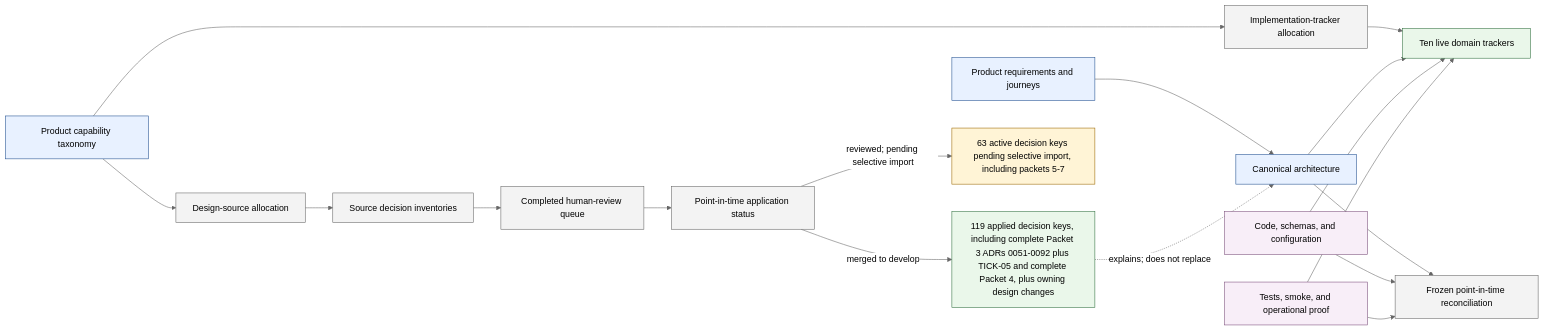
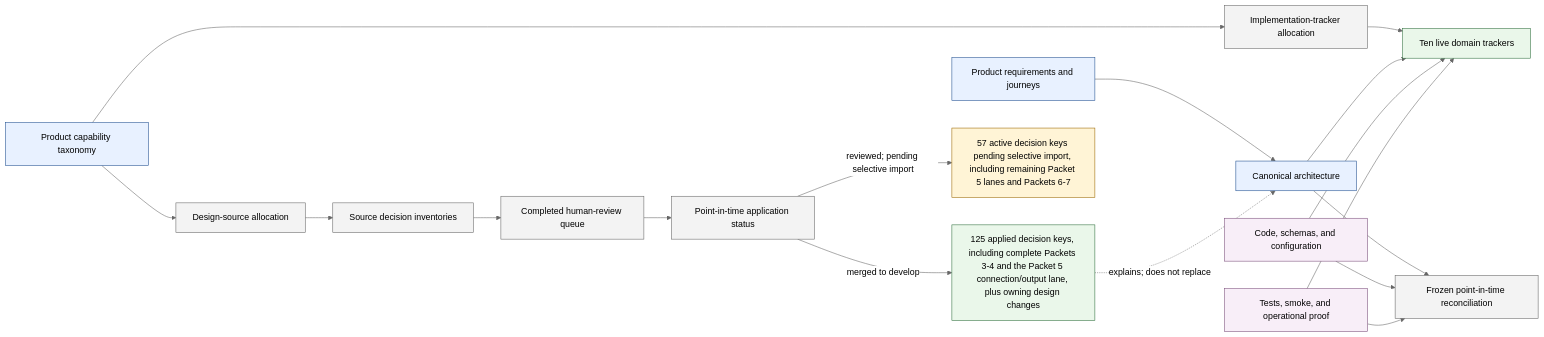
The diagram in design/project-management/design-alignment/README.md (benhook1013/FireMUD), drawn with Mermaid (neutral theme) before and after one commit. The commit also changed other lines of this file and 73 other files, not shown here.

Commit message:
docs: import connection and output decisions

````diff
--- a/design/project-management/design-alignment/README.md
+++ b/design/project-management/design-alignment/README.md
@@ -27,27 +27,27 @@
 ```mermaid
 flowchart LR
     PRODUCT[Product requirements and journeys]:::canonical --> ARCH[Canonical architecture]:::canonical
     TAXONOMY[Product capability taxonomy]:::canonical --> DESIGN_ALLOC[Design-source allocation]:::alignment
     DESIGN_ALLOC --> SOURCE_INV[Source decision inventories]:::alignment
     SOURCE_INV --> HUMAN_QUEUE[Completed human-review queue]:::alignment
     HUMAN_QUEUE --> APPLY[Point-in-time application status]:::alignment
-    APPLY -->|merged to develop| APPLIED_DECISIONS[119 applied decision keys, including complete Packet 3 ADRs 0051-0092 plus TICK-05 and complete Packet 4, plus owning design changes]:::status
+    APPLY -->|merged to develop| APPLIED_DECISIONS[125 applied decision keys, including complete Packets 3-4 and the Packet 5 connection/output lane, plus owning design changes]:::status
     APPLIED_DECISIONS -. explains; does not replace .-> ARCH
-    APPLY -->|reviewed; pending selective import| PENDING[63 active decision keys pending selective import, including packets 5-7]:::pending
+    APPLY -->|reviewed; pending selective import| PENDING[57 active decision keys pending selective import, including remaining Packet 5 lanes and Packets 6-7]:::pending
 
     TAXONOMY --> TRACKER_ALLOC[Implementation-tracker allocation]:::alignment
     TRACKER_ALLOC --> TRACKERS[Ten live domain trackers]:::status
     ARCH --> TRACKERS
     CODE[Code, schemas, and configuration]:::evidence --> TRACKERS
     PROOF[Tests, smoke, and operational proof]:::evidence --> TRACKERS
 
     ARCH --> RECON[Frozen point-in-time reconciliation]:::alignment
     CODE --> RECON
     PROOF --> RECON
 
     classDef canonical fill:#e8f1ff,stroke:#1f4f8f
     classDef alignment fill:#f3f3f3,stroke:#666
     classDef pending fill:#fff4d6,stroke:#9a6700
     classDef status fill:#eaf7ea,stroke:#2f6f3e
     classDef evidence fill:#f8eef8,stroke:#7a4e7a
 ```
````
